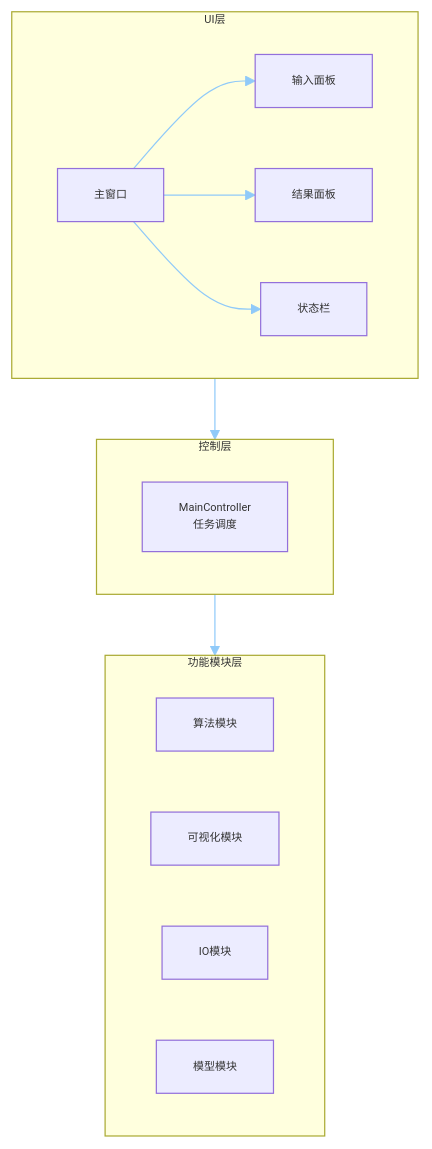
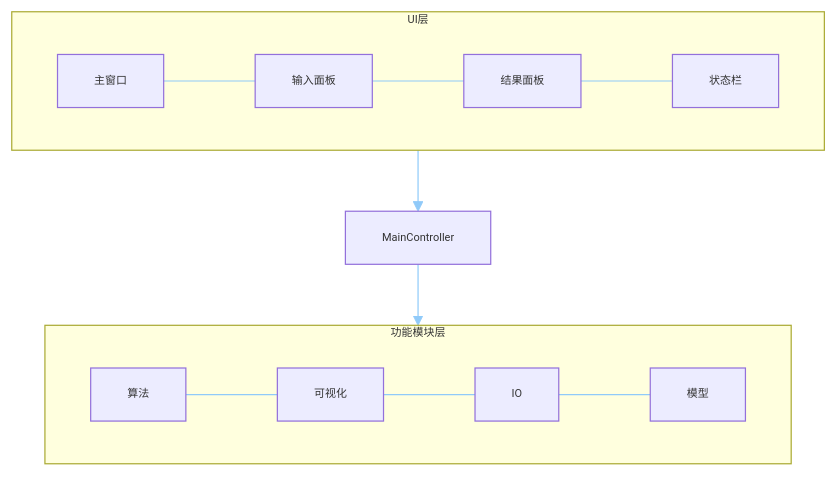
Before and after one commit to yyj138/topological-sort: the first of 2 diagrams in README.md, drawn with Mermaid.

Commit message:
【main】同步README

````diff
--- a/README.md
+++ b/README.md
@@ -44,20 +44,15 @@
 ```mermaid
 %%{init: {'themeVariables': {'fontSize': '9px', 'fontFamily': 'Microsoft YaHei', 'primaryColor': '#e3f2fd', 'lineColor': '#90caf9', 'borderColor': '#64b5f6'}}}%%
 flowchart TB
     subgraph UI层
-        A1[主窗口] --> A2[输入面板]
-        A1 --> A3[结果面板]
-        A1 --> A4[状态栏]
+        direction LR
+        A1[主窗口] --- A2[输入面板] --- A3[结果面板] --- A4[状态栏]
     end
-    subgraph 控制层
-        B1[MainController<br/>任务调度]
+    B1[MainController]
+    subgraph 功能模块层
+        direction LR
+        C1[算法] --- C2[可视化] --- C3[IO] --- C4[模型]
     end
-    subgraph 功能模块层
-        C1[算法模块]
-        C2[可视化模块]
-        C3[IO模块]
-        C4[模型模块]
-    end
-    UI层 --> 控制层
-    控制层 --> 功能模块层
+    UI层 --> B1
+    B1 --> 功能模块层
 ```
````
